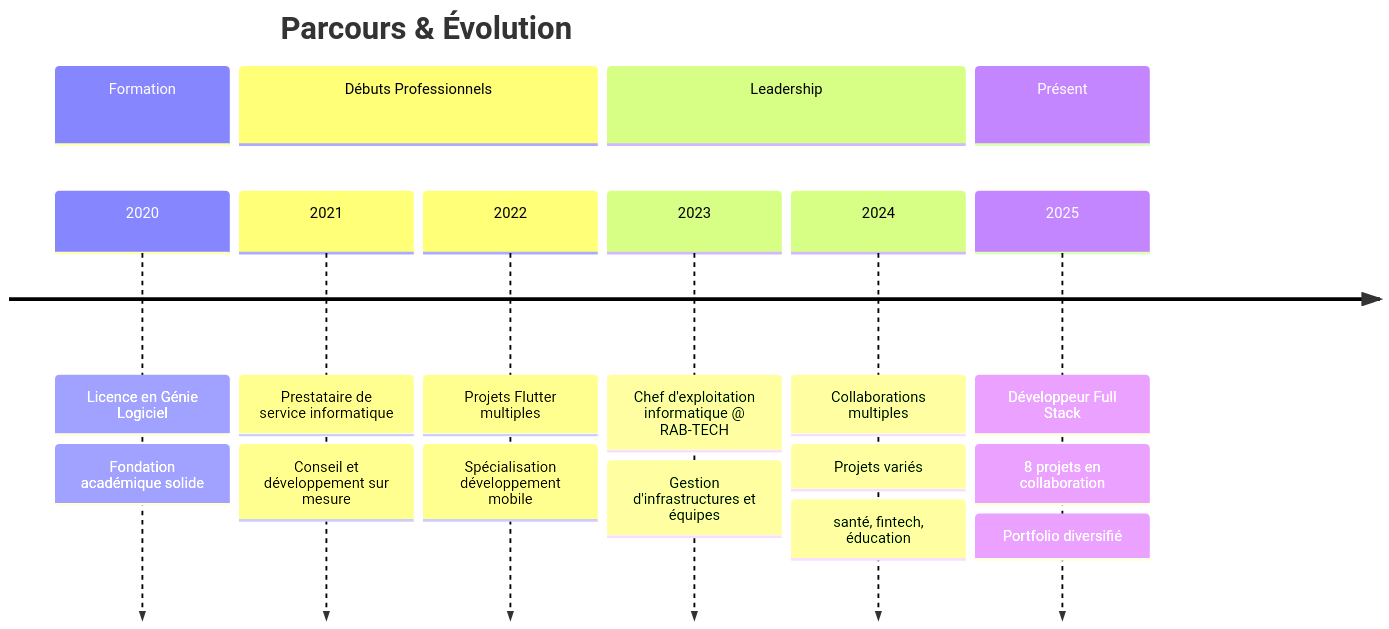
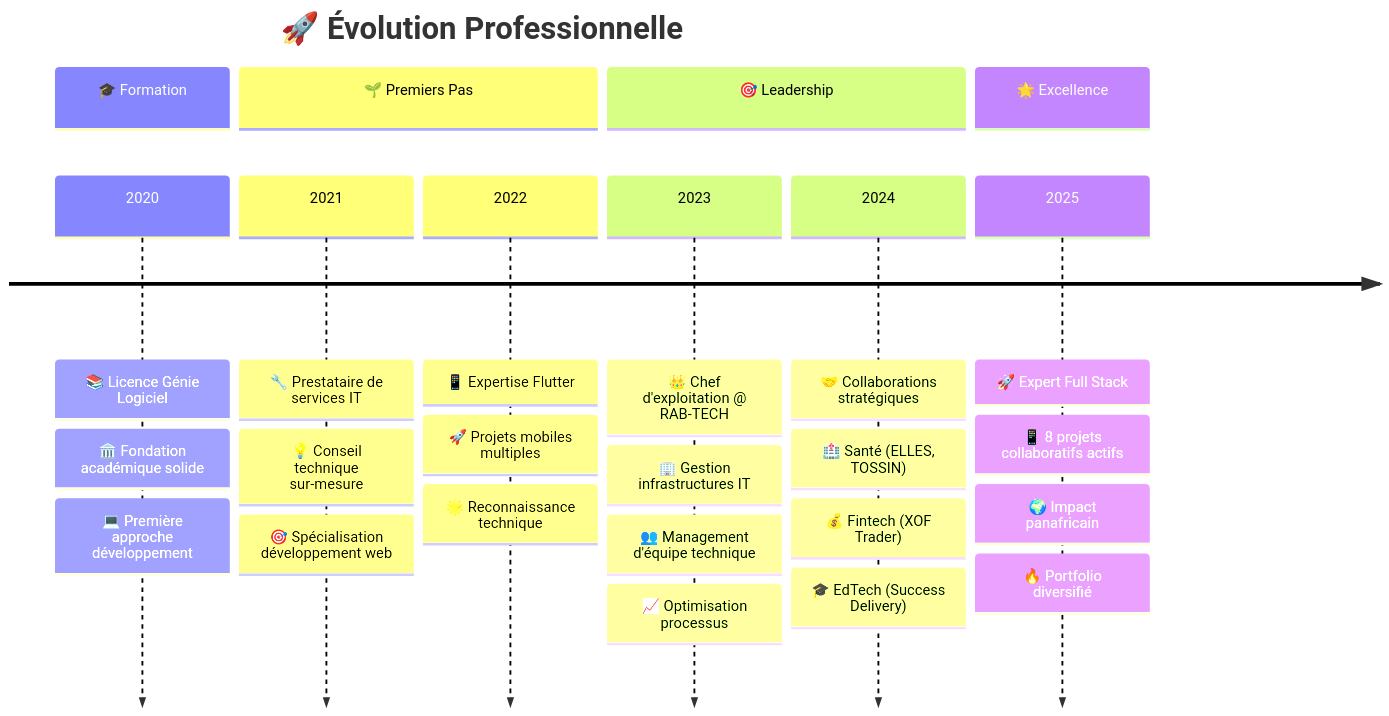
One commit to MikeCHOKKI/MikeCHOKKI changed the second of 2 diagrams in README.md. Above: the diagram before and after it, drawn with Mermaid. The commit also changed other lines of this file, not shown here.

````diff
--- a/README.md
+++ b/README.md
@@ -297,27 +415,35 @@
 ```mermaid
 timeline
-    title Parcours & Évolution
+    title 🚀 Évolution Professionnelle
     
-    section Formation
-        2020 : Licence en Génie Logiciel
-             : Fondation académique solide
+    section 🎓 Formation
+        2020 : 📚 Licence Génie Logiciel
+             : 🏛️ Fondation académique solide
+             : 💻 Première approche développement
     
-    section Débuts Professionnels
-        2021 : Prestataire de service informatique
-             : Conseil et développement sur mesure
+    section 🌱 Premiers Pas
+        2021 : 🔧 Prestataire de services IT
+             : 💡 Conseil technique sur-mesure
+             : 🎯 Spécialisation développement web
              
-        2022 : Projets Flutter multiples
-             : Spécialisation développement mobile
+        2022 : 📱 Expertise Flutter
+             : 🚀 Projets mobiles multiples
+             : 🌟 Reconnaissance technique
     
-    section Leadership
-        2023 : Chef d'exploitation informatique @ RAB-TECH
-             : Gestion d'infrastructures et équipes
+    section 🎯 Leadership
+        2023 : 👑 Chef d'exploitation @ RAB-TECH
+             : 🏢 Gestion infrastructures IT
+             : 👥 Management d'équipe technique
+             : 📈 Optimisation processus
              
-        2024 : Collaborations multiples
-             : Projets variés : santé, fintech, éducation
+        2024 : 🤝 Collaborations stratégiques
+             : 🏥 Santé (ELLES, TOSSIN)
+             : 💰 Fintech (XOF Trader)
+             : 🎓 EdTech (Success Delivery)
              
-    section Présent
-        2025 : Développeur Full Stack
-             : 8 projets en collaboration
-             : Portfolio diversifié
+    section 🌟 Excellence
+        2025 : 🚀 Expert Full Stack
+             : 📱 8 projets collaboratifs actifs
+             : 🌍 Impact panafricain
+             : 🔥 Portfolio diversifié
 ```
````
